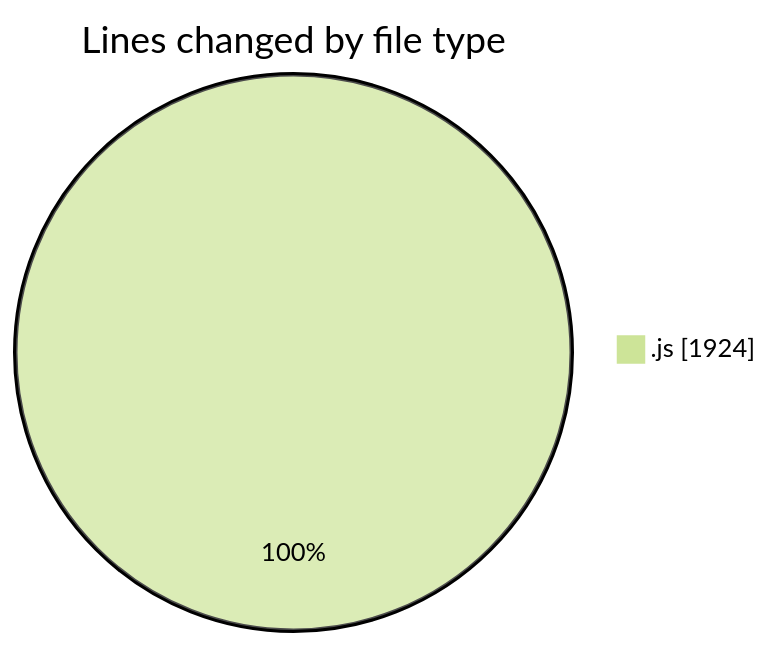
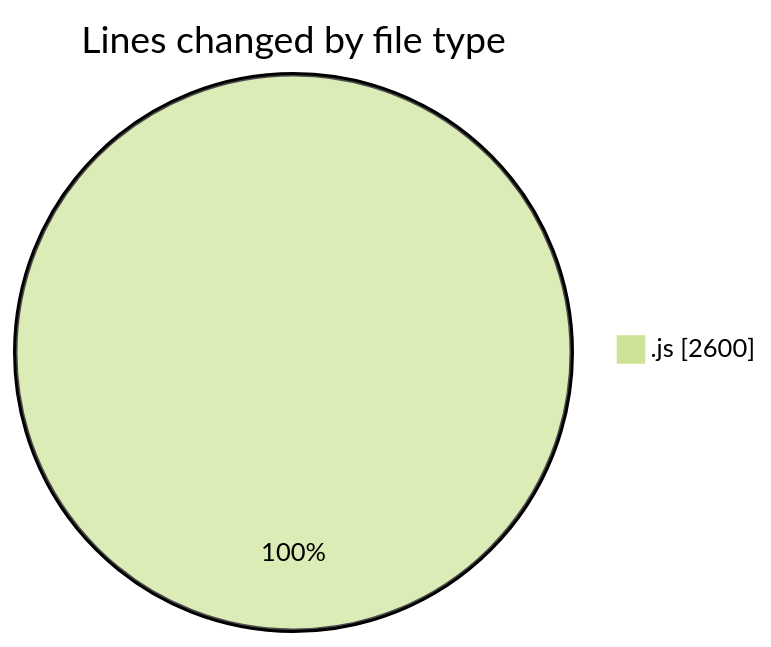
Before and after one commit to nxtqubesakshisongat/code-tracking: the first of 2 diagrams in 2025-09-03/nxtqube_webapp/README.md, drawn with Mermaid (forest theme). The commit also changed other lines of this file and 1 other file, not shown here.

````diff
--- a/2025-09-03/nxtqube_webapp/README.md
+++ b/2025-09-03/nxtqube_webapp/README.md
@@ -20,5 +20,5 @@
 ```mermaid
 pie showData
 title Lines changed by file type
-".js" : 1924
+".js" : 2600
 ```
````
